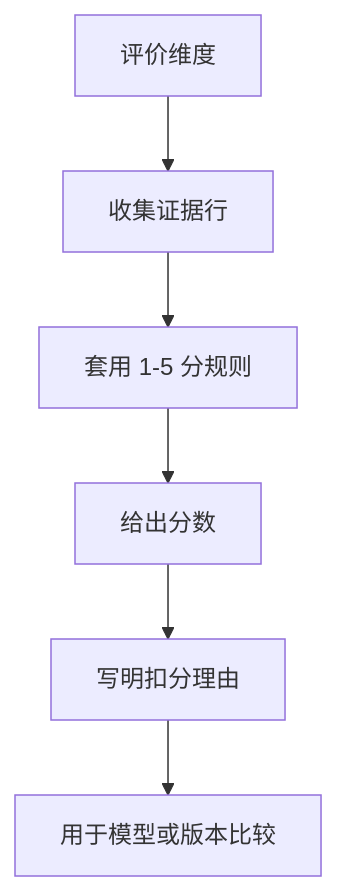
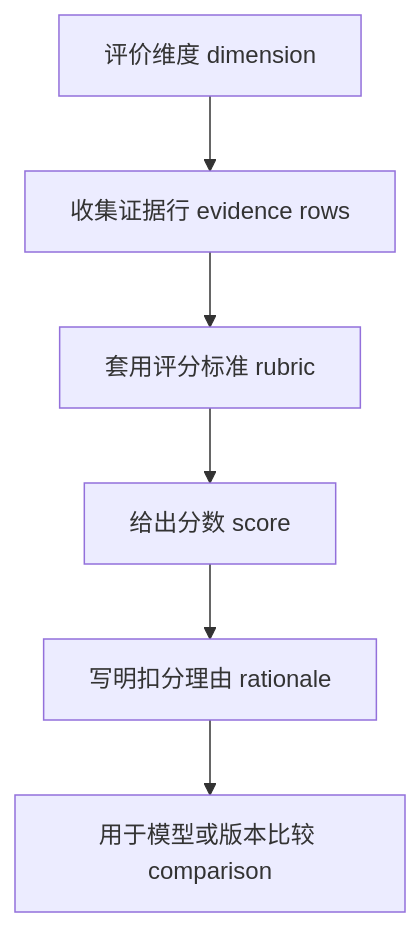
One commit to tbkken/GenerativeAgentsCN changed the fifth of 7 diagrams in docs/book/manuscript/part_04/chapter_29.md. Above: the diagram before and after it, drawn with Mermaid. The commit also changed other lines of this file and 2 other files, not shown here.

````diff
--- a/docs/book/manuscript/part_04/chapter_29.md
+++ b/docs/book/manuscript/part_04/chapter_29.md
@@ -840,8 +1171,8 @@
 ```mermaid
 flowchart TD
-    Dimension["评价维度"] --> Evidence["收集证据行"]
-    Evidence --> Rubric["套用 1-5 分规则"]
-    Rubric --> Score["给出分数"]
-    Score --> Reason["写明扣分理由"]
-    Reason --> Compare["用于模型或版本比较"]
+    Dimension["评价维度 dimension"] --> Evidence["收集证据行 evidence rows"]
+    Evidence --> Rubric["套用评分标准 rubric"]
+    Rubric --> Score["给出分数 score"]
+    Score --> Reason["写明扣分理由 rationale"]
+    Reason --> Compare["用于模型或版本比较 comparison"]
 ```
````
